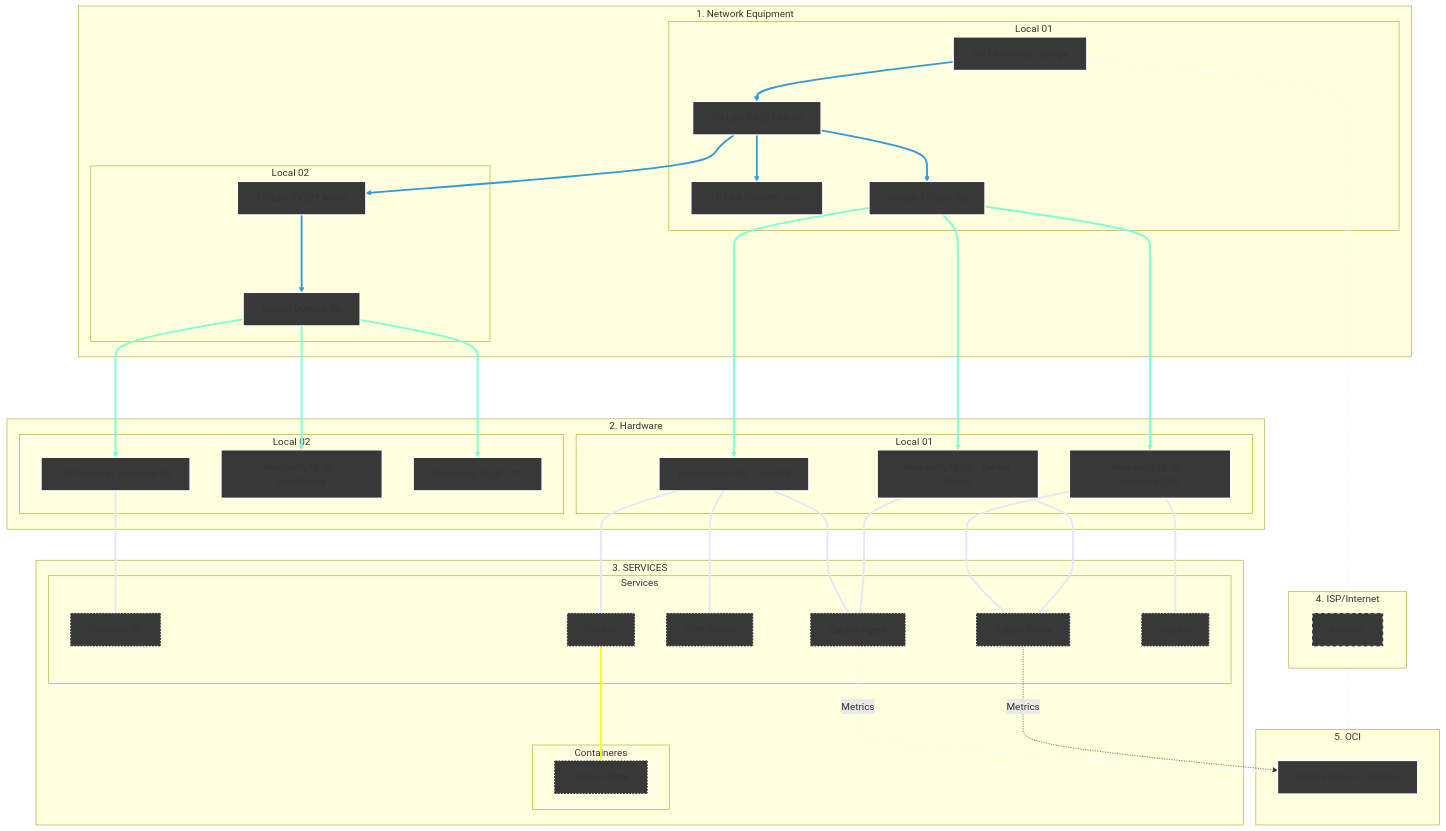
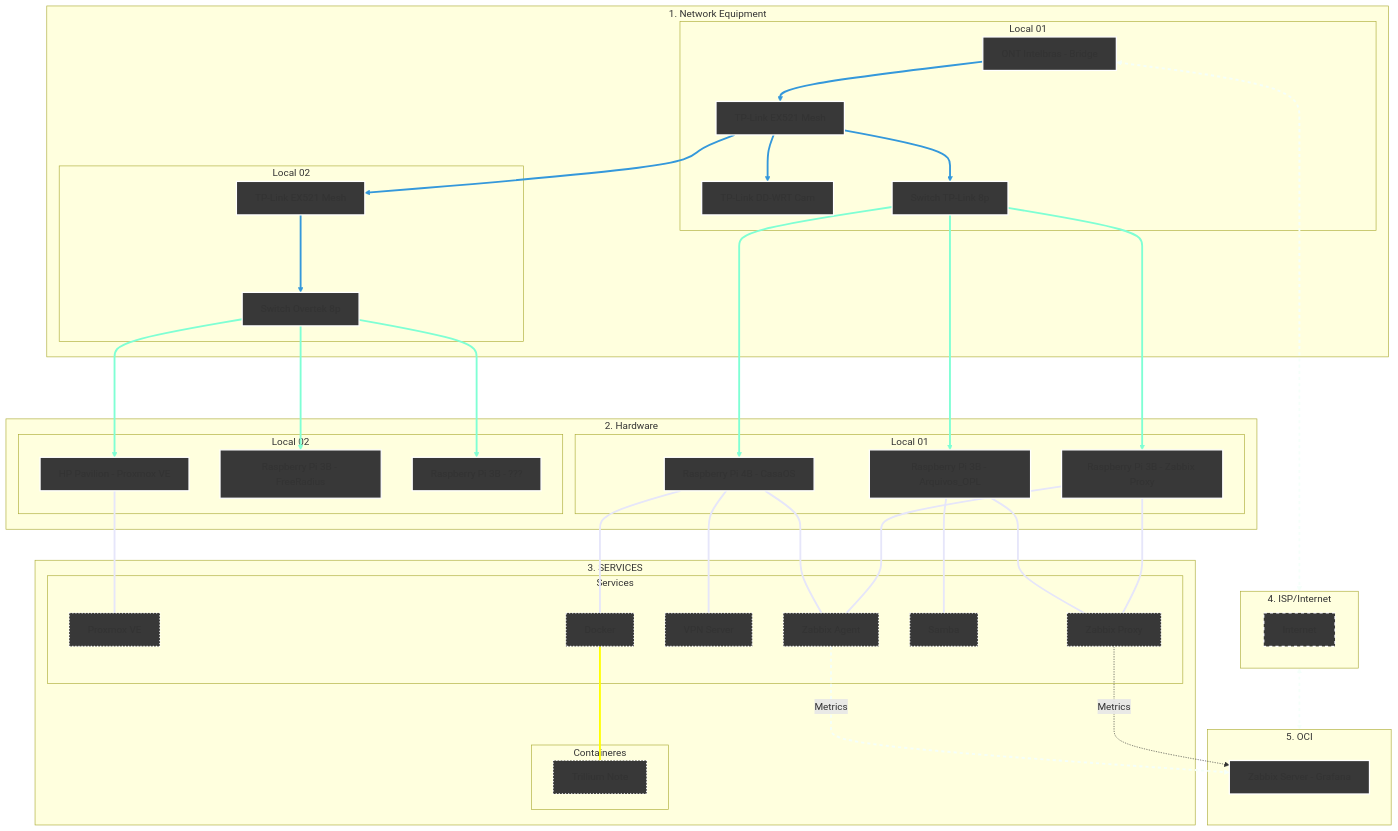
Before and after one commit to kevindexter22/Dr-Hardware-Autonet: the diagram in Infrastructure/README.md, drawn with Mermaid. The commit also changed other lines of this file, not shown here.

````diff
--- a/Infrastructure/README.md
+++ b/Infrastructure/README.md
@@ -13,80 +13,80 @@
 ```mermaid
 graph TD
     %% Styles
     classDef network fill:#383838,stroke:#FFFFFF,stroke-width:2px;
     classDef hardware fill:#383838,stroke:#FFFFFF,stroke-width:2px;
     classDef internet fill:#383838,stroke:#FFFFFF,stroke-width:2px,stroke-dasharray: 5 5;
     classDef services fill:#383838,stroke:#FFFFFF,stroke-width:2px, stroke-dasharray: 2 3;
     classDef oci fill:#383838,stroke:#FFFFFF,stroke-width:2px;
 
     %% 1. NETWORK EQUIPMENT
     subgraph Principal["1. Network Equipment"]
     subgraph S1 [Local 01]
         ONT[ONT Intelbras - Bridge]:::network --> R_Mesh1[TP-Link EX521 Mesh]:::network
         R_Mesh1 --> R_Cams[TP-Link DD-WRT Cam]:::network 
         R_Mesh1 --> SW1[Switch TP-Link 8p]:::network  
     end
     subgraph S2 [Local 02]
         R_Mesh1 --> R_Mesh2[TP-Link EX521 Mesh]:::network
         R_Mesh2 ---> SW2[Switch Overtek 8p]:::network
     end
     end
     
     %% 2. HARDWARE
     subgraph Principal02["2. Hardware"]
     subgraph S3 [Local 01]
         SW1 ---> RPi4B[Raspberry Pi 4B - CasaOS]:::hardware
         SW1 ---> RPi3B_1[Raspberry Pi 3B - Arquivos_OPL]:::hardware
         SW1 ---> RPi3B_2[Raspberry Pi 3B - Zabbix Proxy]:::hardware
     end
     subgraph S4 [Local 02]
         SW2 ---> HP[HP Pavilion - Proxmox VE]:::hardware
         SW2 ---> RPi3B_3[Raspberry Pi 3B - FreeRadius]:::hardware
         SW2 ---> RPi3B_4[Raspberry Pi 3B - ???]:::hardware
     end
     end
 
     %% 3. SERVICES
     subgraph Principal03["3. SERVICES"]
     subgraph S5 [Services];
         HP --- PVE[Proxmox VE]:::services
         RPi4B --- Docker[Docker]:::services     
         RPi4B --- VPN[VPN Server]:::services
         RPi4B --- ZA[Zabbix Agent]:::services
+        RPi3B_1 --- SMB1[Samba]:::services
         RPi3B_1 --- ZP[Zabbix Proxy]:::services
-        RPi3B_1 --- SMB1[Samba]:::services
         RPi3B_2 --- ZA[Zabbix Agent]:::services
         RPi3B_2 --- ZP[Zabbix Proxy]:::services
     end
     subgraph S6 [Containeres];
         Docker[Docker] --- Trillium[Trillium Note]:::services
     end
     end
 
     %% 4. Internet (The Bridge)
     subgraph S7 [4. ISP/Internet]
            internet[Internet]:::internet
     end
 
     %% 5. Oracle Cloud Infrastructure
     subgraph S8 [5. OCI]
         ZS[Zabbix Server - Grafana]:::oci
     end
 
     %% Conections of data flow
     ONT <--> S7
     S7 <--> S8
     
     %% Logical conections
     ZA -.-> |Metrics| ZS
     ZP -.-> |Metrics| ZS 
 
     %% --- Set collor on conections ---
     
     linkStyle 0,1,2,3,4 stroke:#3498db,stroke-width:3px;
     linkStyle 5,6,7,8,9,10 stroke:#7FFFD4,stroke-width:3px;
     linkStyle 11,12,13,14,15,16,17,18 stroke:#E6E6FA,stroke-width:3px;
     linkStyle 19 stroke:#FFFF00,stroke-width:3px;
     linkStyle 20,21,22 stroke:#F5FFFA,stroke-width:3px,stroke-dasharray: 5 5;
 
 ```
````
